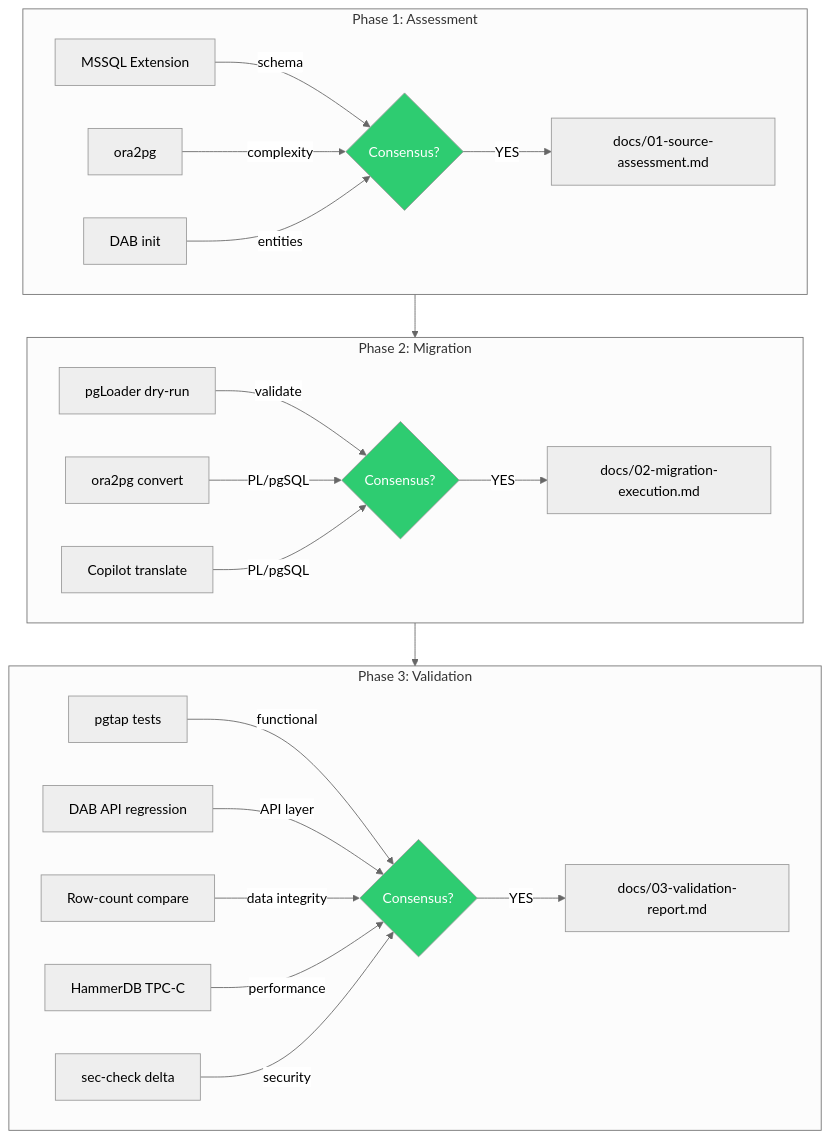
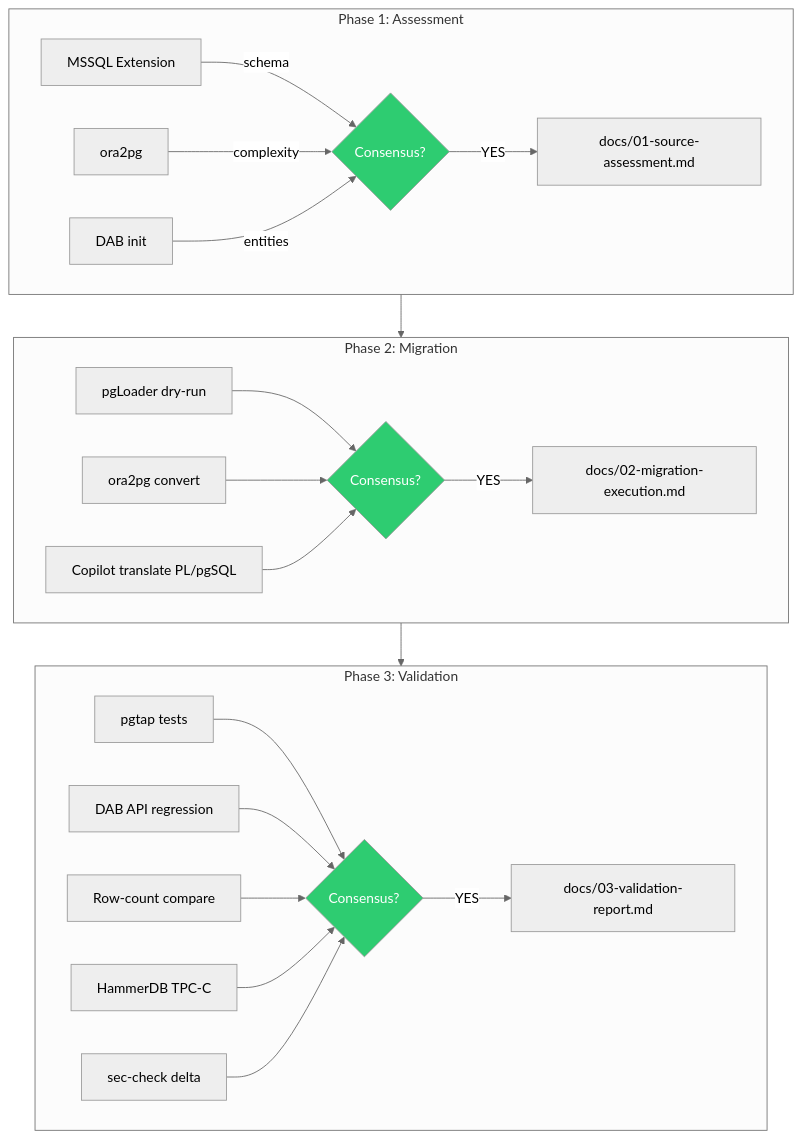
The second of 2 diagrams in README.md (kfolkes/sql-to-postgres-migration), drawn with Mermaid (neutral theme) before and after one commit. The commit also changed other lines of this file and 38 other files, not shown here.

First line of the commit message:
Public release: Azure Samples format, reusable BYO migration agent, bash-first flow

````diff
--- a/README.md
+++ b/README.md
@@ -117,31 +144,27 @@
 ```mermaid
 flowchart TB
     subgraph Phase1["Phase 1: Assessment"]
         M1[MSSQL Extension] --> |schema| C1{Consensus?}
         O1[ora2pg] --> |complexity| C1
         D1[DAB init] --> |entities| C1
         C1 --> |YES| P1[docs/01-source-assessment.md]
     end
-    
     subgraph Phase2["Phase 2: Migration"]
-        PG2[pgLoader dry-run] --> |validate| C2{Consensus?}
-        O2[ora2pg convert] --> |PL/pgSQL| C2
-        CP2[Copilot translate] --> |PL/pgSQL| C2
+        PG2[pgLoader dry-run] --> C2{Consensus?}
+        O2[ora2pg convert] --> C2
+        CP2[Copilot translate PL/pgSQL] --> C2
         C2 --> |YES| P2[docs/02-migration-execution.md]
     end
-    
     subgraph Phase3["Phase 3: Validation"]
-        PT3[pgtap tests] --> |functional| C3{Consensus?}
-        DA3[DAB API regression] --> |API layer| C3
-        RC3[Row-count compare] --> |data integrity| C3
-        HM3[HammerDB TPC-C] --> |performance| C3
-        SC3[sec-check delta] --> |security| C3
+        PT3[pgtap tests] --> C3{Consensus?}
+        DA3[DAB API regression] --> C3
+        RC3[Row-count compare] --> C3
+        HM3[HammerDB TPC-C] --> C3
+        SC3[sec-check delta] --> C3
         C3 --> |YES| P3[docs/03-validation-report.md]
     end
-    
     Phase1 --> Phase2 --> Phase3
-    
     style C1 fill:#2ecc71,color:#fff
     style C2 fill:#2ecc71,color:#fff
     style C3 fill:#2ecc71,color:#fff
 ```
````
